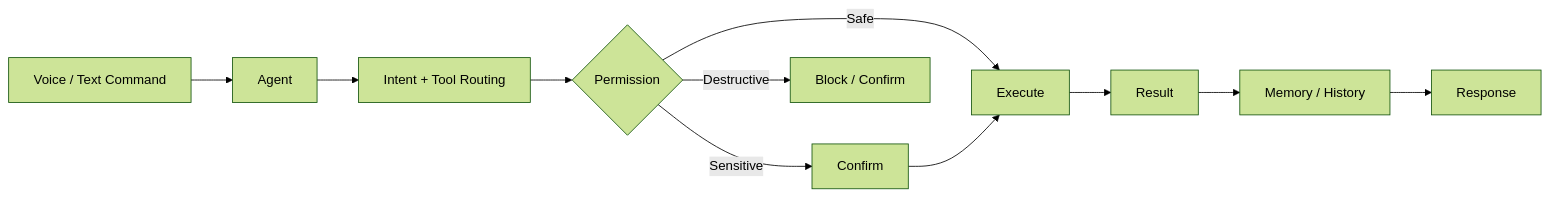
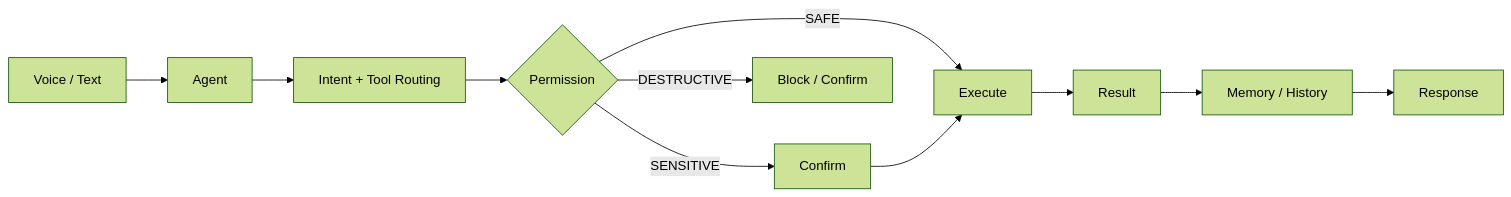
The diagram in README.md (wwwsahilchand123-maker/Nexa-Ai-like-jarvis), drawn with Mermaid (forest theme) before and after one commit. The commit also changed other lines of this file, not shown here.

````diff
--- a/README.md
+++ b/README.md
@@ -39,13 +28,13 @@
 ```mermaid
 flowchart LR
- A[Voice / Text Command] --> B[Agent]
+ A[Voice / Text] --> B[Agent]
  B --> C[Intent + Tool Routing]
  C --> D{Permission}
- D -->|Safe| E[Execute]
- D -->|Sensitive| F[Confirm]
- D -->|Destructive| G[Block / Confirm]
+ D -->|SAFE| E[Execute]
+ D -->|SENSITIVE| F[Confirm]
+ D -->|DESTRUCTIVE| G[Block / Confirm]
  F --> E
  E --> H[Result]
  H --> I[Memory / History]
  I --> J[Response]
 ```
````
